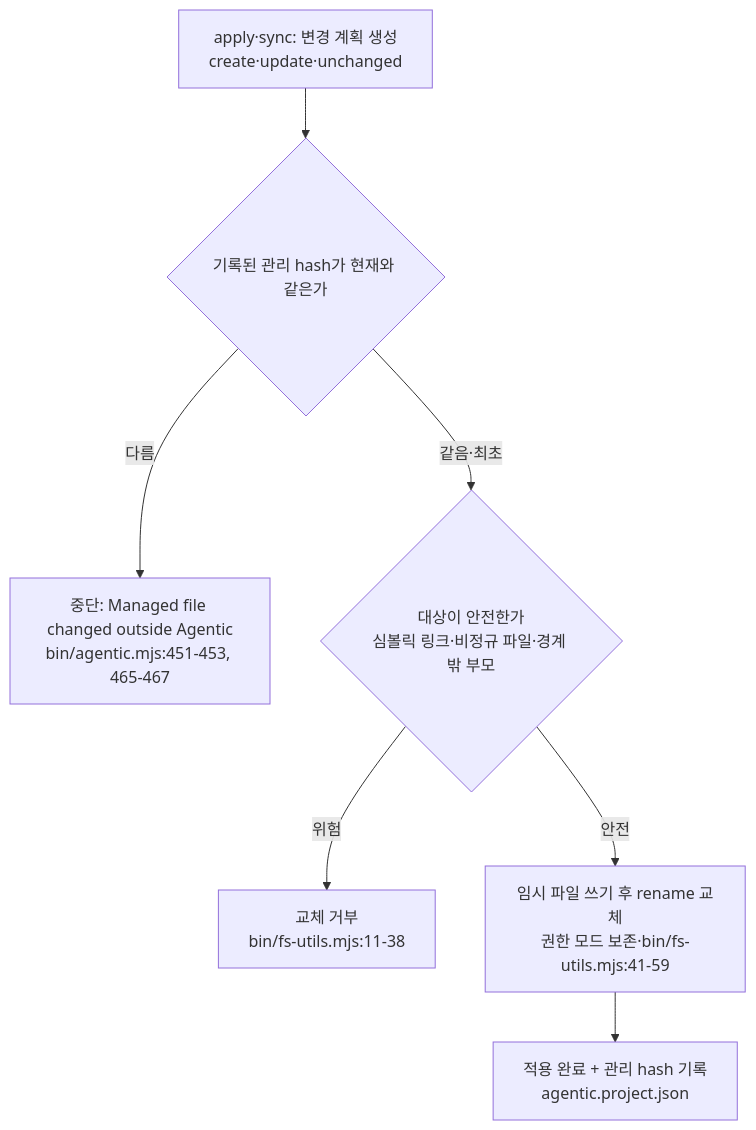
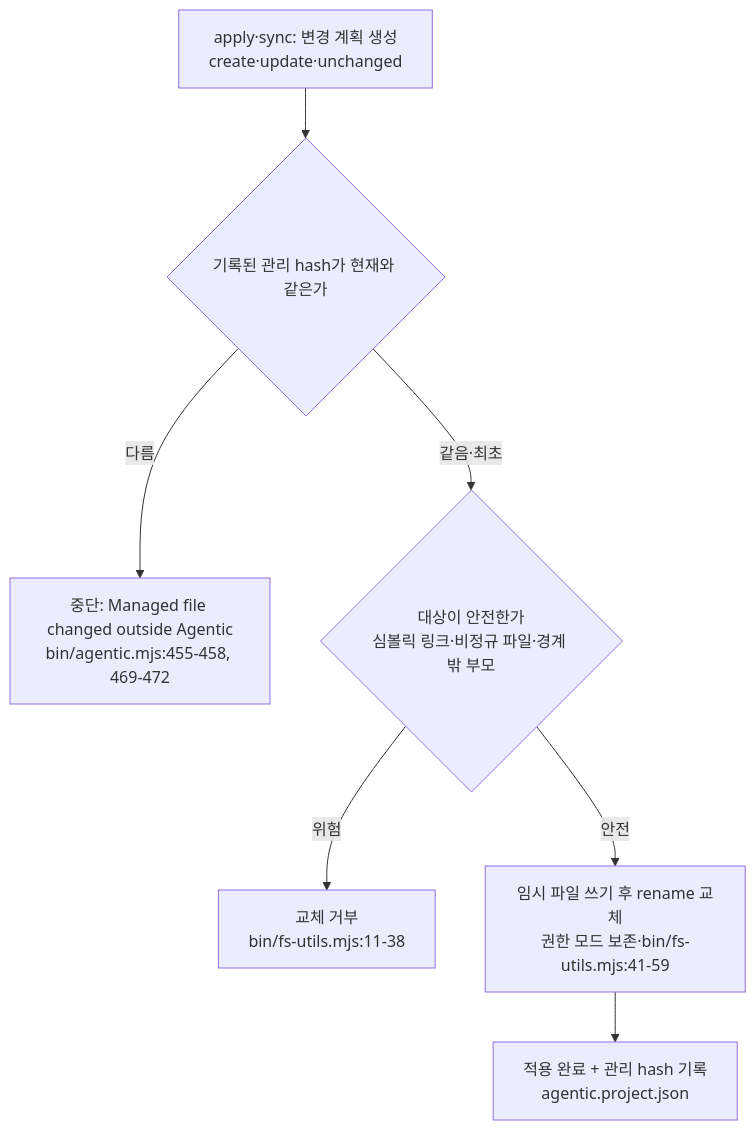
One commit to IsthisLee/agent-context-manager changed the third of 5 diagrams in docs/implementation-principles.md. Above: the diagram before and after it, drawn with Mermaid. The commit also changed other lines of this file and 30 other files, not shown here.

````diff
--- a/docs/implementation-principles.md
+++ b/docs/implementation-principles.md
@@ -403,9 +405,9 @@
 ```mermaid
 flowchart TD
   P["apply·sync: 변경 계획 생성<br/>create·update·unchanged"] --> H{"기록된 관리 hash가 현재와 같은가"}
-  H -->|"다름"| STOP["중단: Managed file changed outside Agentic<br/>bin/agentic.mjs:451-453, 465-467"]
+  H -->|"다름"| STOP["중단: Managed file changed outside Agentic<br/>bin/agentic.mjs:455-458, 469-472"]
   H -->|"같음·최초"| SAFE{"대상이 안전한가<br/>심볼릭 링크·비정규 파일·경계 밖 부모"}
   SAFE -->|"위험"| REFUSE["교체 거부<br/>bin/fs-utils.mjs:11-38"]
   SAFE -->|"안전"| ATOM["임시 파일 쓰기 후 rename 교체<br/>권한 모드 보존·bin/fs-utils.mjs:41-59"]
   ATOM --> DONE["적용 완료 + 관리 hash 기록<br/>agentic.project.json"]
 ```
````
